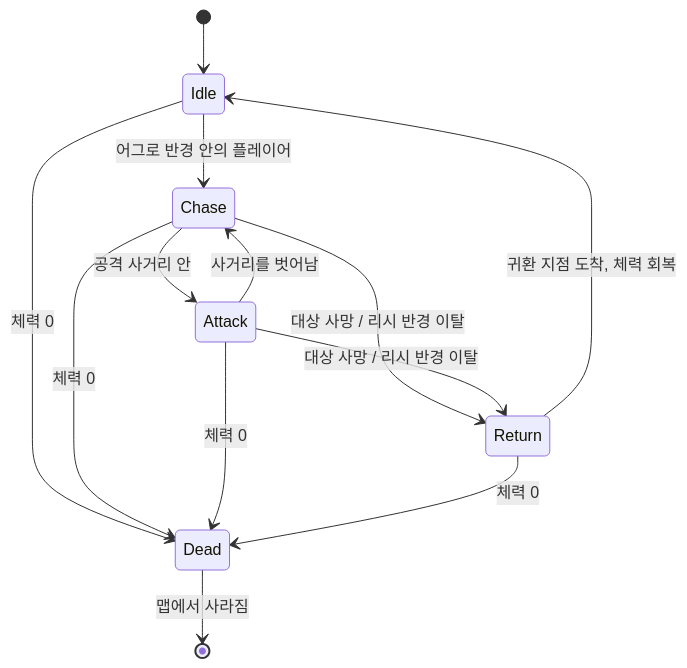
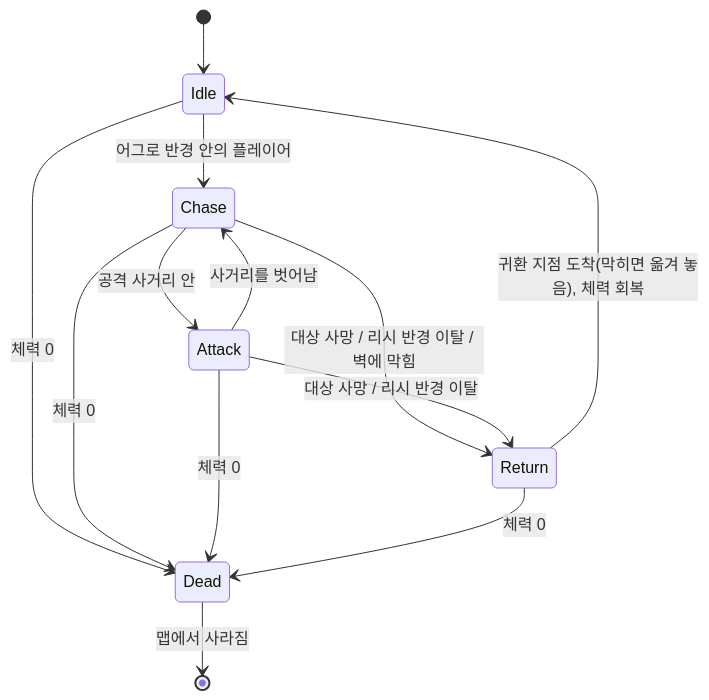
One commit to hstar0124/sa-server changed the seventh of 9 diagrams in README.md. Above: the diagram before and after it, drawn with Mermaid. The commit also changed other lines of this file and 3 other files, not shown here.

````diff
--- a/README.md
+++ b/README.md
@@ -302,15 +305,15 @@
 ```mermaid
 stateDiagram-v2
     [*] --> Idle
     Idle --> Chase: 어그로 반경 안의 플레이어
     Chase --> Attack: 공격 사거리 안
     Attack --> Chase: 사거리를 벗어남
-    Chase --> Return: 대상 사망 / 리시 반경 이탈
+    Chase --> Return: 대상 사망 / 리시 반경 이탈 / 벽에 막힘
     Attack --> Return: 대상 사망 / 리시 반경 이탈
-    Return --> Idle: 귀환 지점 도착, 체력 회복
+    Return --> Idle: 귀환 지점 도착(막히면 옮겨 놓음), 체력 회복
     Idle --> Dead: 체력 0
     Chase --> Dead: 체력 0
     Attack --> Dead: 체력 0
     Return --> Dead: 체력 0
     Dead --> [*]: 맵에서 사라짐
 ```
````
